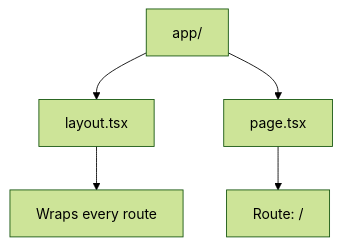
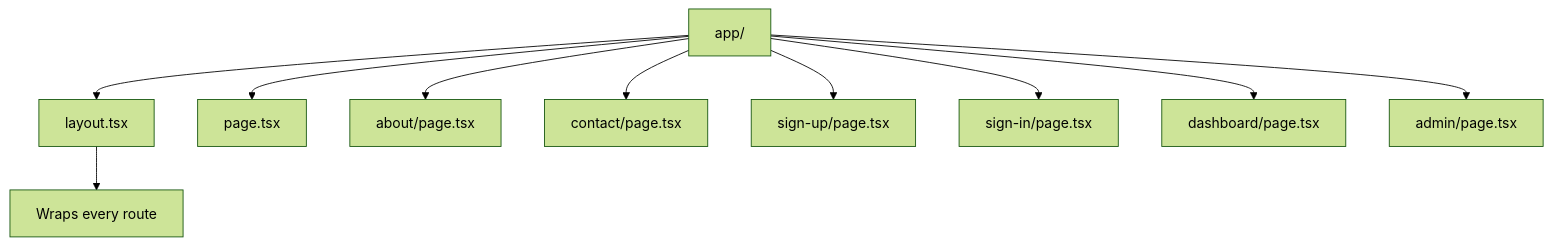
Before and after one commit to matthewlovestocode/designated: the first of 3 diagrams in docs/web/routing.md, drawn with Mermaid (forest theme). The commit also changed other lines of this file and 9 other files, not shown here.

Commit message:
Add admin-only page

````diff
--- a/docs/web/routing.md
+++ b/docs/web/routing.md
@@ -20,7 +20,12 @@
 ```mermaid
 flowchart TD
     A["app/"] --> B["layout.tsx"]
     A --> C["page.tsx"]
-    B --> D["Wraps every route"]
-    C --> E["Route: /"]
+    A --> D["about/page.tsx"]
+    A --> E["contact/page.tsx"]
+    A --> F["sign-up/page.tsx"]
+    A --> G["sign-in/page.tsx"]
+    A --> H["dashboard/page.tsx"]
+    A --> I["admin/page.tsx"]
+    B --> J["Wraps every route"]
 ```
````
